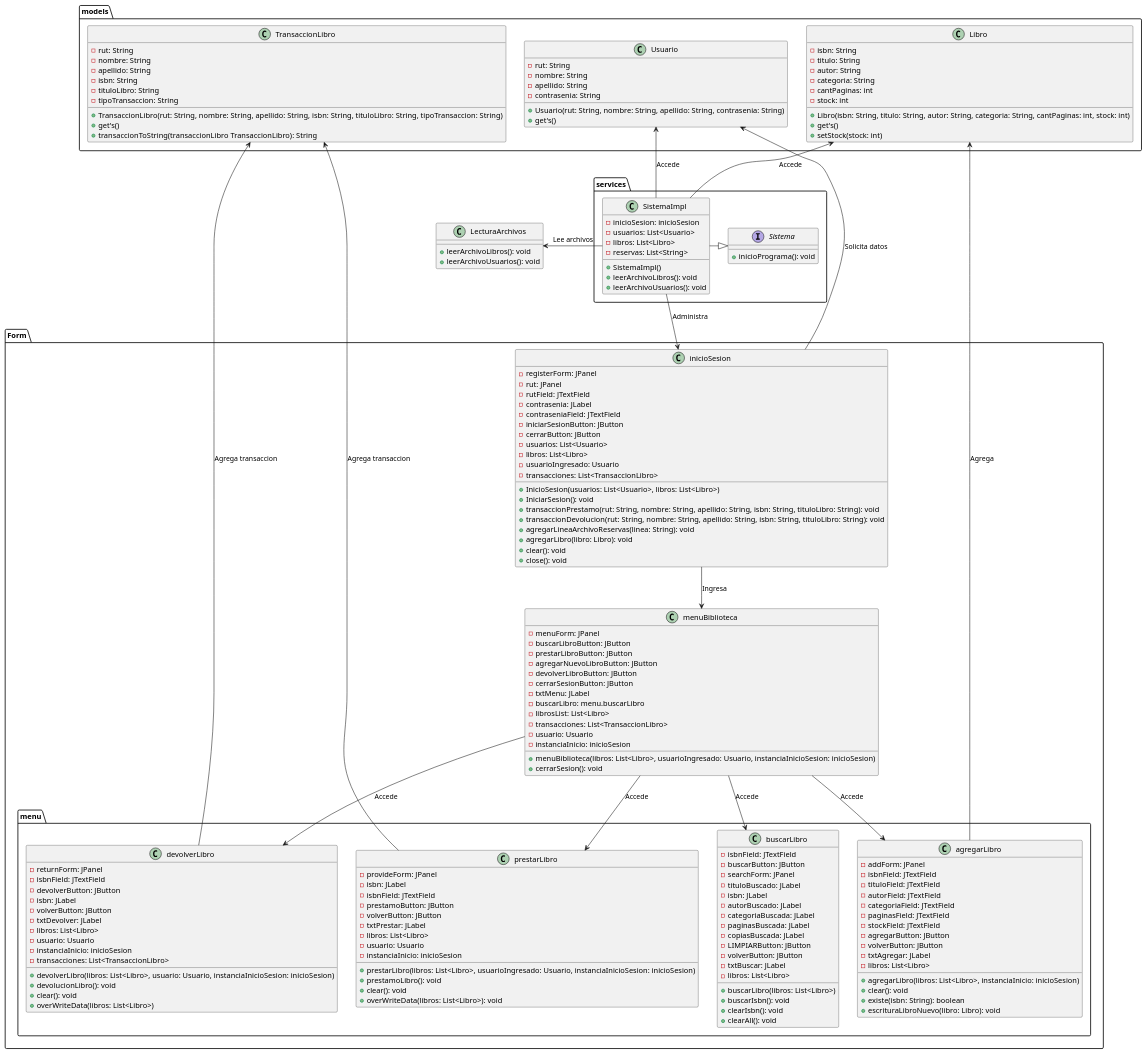
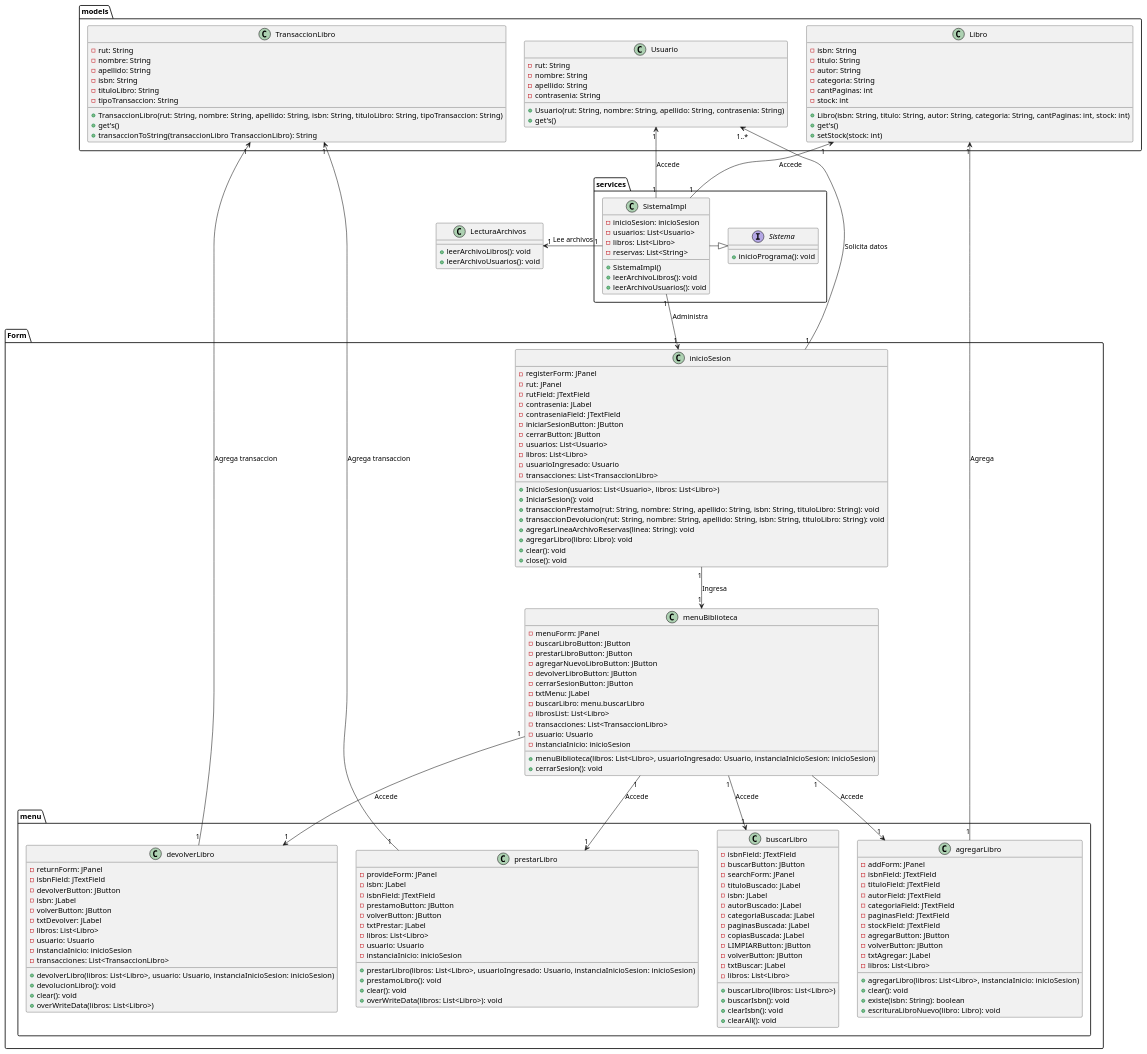
Before and after one commit to AlbertoLyons/Taller-5: the diagram in clases.puml, drawn with PlantUML. The commit also changed 1 other file, not shown here.

Commit message:
Actualización diagrama y modelo añadido

```diff
--- a/clases.puml
+++ b/clases.puml
@@ -1,184 +1,184 @@
 @startuml
 package Form {
     class inicioSesion {
         - registerForm: JPanel
         - rut: JPanel
         - rutField: JTextField
         - contrasenia: JLabel
         - contraseniaField: JTextField
         - iniciarSesionButton: JButton
         - cerrarButton: JButton
         - usuarios: List<Usuario>
         - libros: List<Libro>
         - usuarioIngresado: Usuario
         - transacciones: List<TransaccionLibro>
         + InicioSesion(usuarios: List<Usuario>, libros: List<Libro>)
         + IniciarSesion(): void
         + transaccionPrestamo(rut: String, nombre: String, apellido: String, isbn: String, tituloLibro: String): void
         + transaccionDevolucion(rut: String, nombre: String, apellido: String, isbn: String, tituloLibro: String): void
         + agregarLineaArchivoReservas(linea: String): void
         + agregarLibro(libro: Libro): void
         + clear(): void
         + close(): void
 
     }
     class menuBiblioteca {
         - menuForm: JPanel
         - buscarLibroButton: JButton
         - prestarLibroButton: JButton
         - agregarNuevoLibroButton: JButton
         - devolverLibroButton: JButton
         - cerrarSesionButton: JButton
         - txtMenu: JLabel
         - buscarLibro: menu.buscarLibro
         - librosList: List<Libro>
         - transacciones: List<TransaccionLibro>
         - usuario: Usuario
         - instanciaInicio: inicioSesion
         + menuBiblioteca(libros: List<Libro>, usuarioIngresado: Usuario, instanciaInicioSesion: inicioSesion)
         + cerrarSesion(): void
     }
 
 
     package menu {
         class agregarLibro {
             - addForm: JPanel
             - isbnField: JTextField
             - tituloField: JTextField
             - autorField: JTextField
             - categoriaField: JTextField
             - paginasField: JTextField
             - stockField: JTextField
             - agregarButton: JButton
             - volverButton: JButton
             - txtAgregar: JLabel
             - libros: List<Libro>
             + agregarLibro(libros: List<Libro>, instanciaInicio: inicioSesion)
             + clear(): void
             + existe(isbn: String): boolean
             + escrituraLibroNuevo(libro: Libro): void
         }
         class buscarLibro {
             - isbnField: JTextField
             - buscarButton: JButton
             - searchForm: JPanel
             - tituloBuscado: JLabel
             - isbn: JLabel
             - autorBuscado: JLabel
             - categoriaBuscada: JLabel
             - paginasBuscada: JLabel
             - copiasBuscada: JLabel
             - LIMPIARButton: JButton
             - volverButton: JButton
             - txtBuscar: JLabel
             - libros: List<Libro>
             + buscarLibro(libros: List<Libro>)
             + buscarIsbn(): void
             + clearIsbn(): void
             + clearAll(): void
         }
         class devolverLibro {
         - returnForm: JPanel
         - isbnField: JTextField
         - devolverButton: JButton
         - isbn: JLabel
         - volverButton: JButton
         - txtDevolver: JLabel
         - libros: List<Libro>
         - usuario: Usuario
         - instanciaInicio: inicioSesion
         - transacciones: List<TransaccionLibro>
         + devolverLibro(libros: List<Libro>, usuario: Usuario, instanciaInicioSesion: inicioSesion)
         + devolucionLibro(): void
         + clear(): void
         + overWriteData(libros: List<Libro>)
         }
         class prestarLibro {
         - provideForm: JPanel
         - isbn: JLabel
         - isbnField: JTextField
         - prestamoButton: JButton
         - volverButton: JButton
         - txtPrestar: JLabel
         - libros: List<Libro>
         - usuario: Usuario
         - instanciaInicio: inicioSesion
         + prestarLibro(libros: List<Libro>, usuarioIngresado: Usuario, instanciaInicioSesion: inicioSesion)
         + prestamoLibro(): void
         + clear(): void
         + overWriteData(libros: List<Libro>): void
 
         }
     }
 }
 package models {
     class Libro {
     - isbn: String
     - titulo: String
     - autor: String
     - categoria: String
     - cantPaginas: int
     - stock: int
     + Libro(isbn: String, titulo: String, autor: String, categoria: String, cantPaginas: int, stock: int)
     + get's()
     + setStock(stock: int)
     }
     class TransaccionLibro {
     - rut: String
     - nombre: String
     - apellido: String
     - isbn: String
     - tituloLibro: String
     - tipoTransaccion: String
     + TransaccionLibro(rut: String, nombre: String, apellido: String, isbn: String, tituloLibro: String, tipoTransaccion: String)
     + get's()
     + transaccionToString(transaccionLibro TransaccionLibro): String
 
     }
     class Usuario {
     - rut: String
     - nombre: String
     - apellido: String
     - contrasenia: String
     + Usuario(rut: String, nombre: String, apellido: String, contrasenia: String)
     + get's()
     }
 }
 package services {
     interface Sistema {
     + inicioPrograma(): void
     }
     class SistemaImpl {
     - inicioSesion: inicioSesion
     - usuarios: List<Usuario>
     - libros: List<Libro>
     - reservas: List<String>
     + SistemaImpl()
     + leerArchivoLibros(): void
     + leerArchivoUsuarios(): void
     }
 }
 class LecturaArchivos {
 + leerArchivoLibros(): void
 + leerArchivoUsuarios(): void
 }
 
 SistemaImpl -|> Sistema
-SistemaImpl -left> LecturaArchivos : Lee archivos
-SistemaImpl --down> inicioSesion : Administra
-SistemaImpl --up> Usuario : Accede
-SistemaImpl --up> Libro : Accede
+SistemaImpl"1" -left> "1"LecturaArchivos : Lee archivos
+SistemaImpl"1" --down> "1"inicioSesion : Administra
+SistemaImpl"1" --up> "1"Usuario : Accede
+SistemaImpl"1" --up> "1"Libro : Accede
 
-inicioSesion --down> menuBiblioteca : Ingresa
-inicioSesion -up-> Usuario : Solicita datos
+inicioSesion"1" --down> "1"menuBiblioteca : Ingresa
+inicioSesion"1" -up-> "1..*"Usuario : Solicita datos
 
-menuBiblioteca --down> agregarLibro: Accede
-menuBiblioteca --down> buscarLibro : Accede
-menuBiblioteca -down> devolverLibro : Accede
-menuBiblioteca -down> prestarLibro : Accede
+menuBiblioteca"1" --down> "1"agregarLibro: Accede
+menuBiblioteca"1" --down> "1"buscarLibro : Accede
+menuBiblioteca"1" -down> "1"devolverLibro : Accede
+menuBiblioteca"1" -down> "1"prestarLibro : Accede
 
-agregarLibro --up> Libro : Agrega
+agregarLibro"1" --up> "1"Libro : Agrega
 
-devolverLibro -up> TransaccionLibro : Agrega transaccion
-prestarLibro -up> TransaccionLibro : Agrega transaccion
+devolverLibro"1" -up> "1"TransaccionLibro : Agrega transaccion
+prestarLibro"1" -up> "1"TransaccionLibro : Agrega transaccion
 @enduml
```
